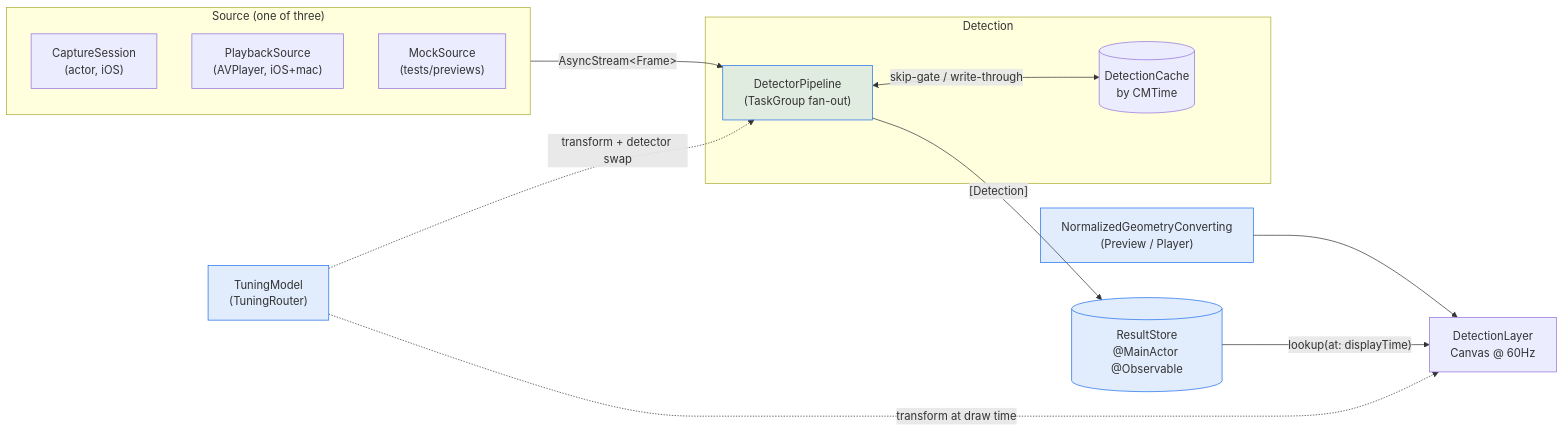
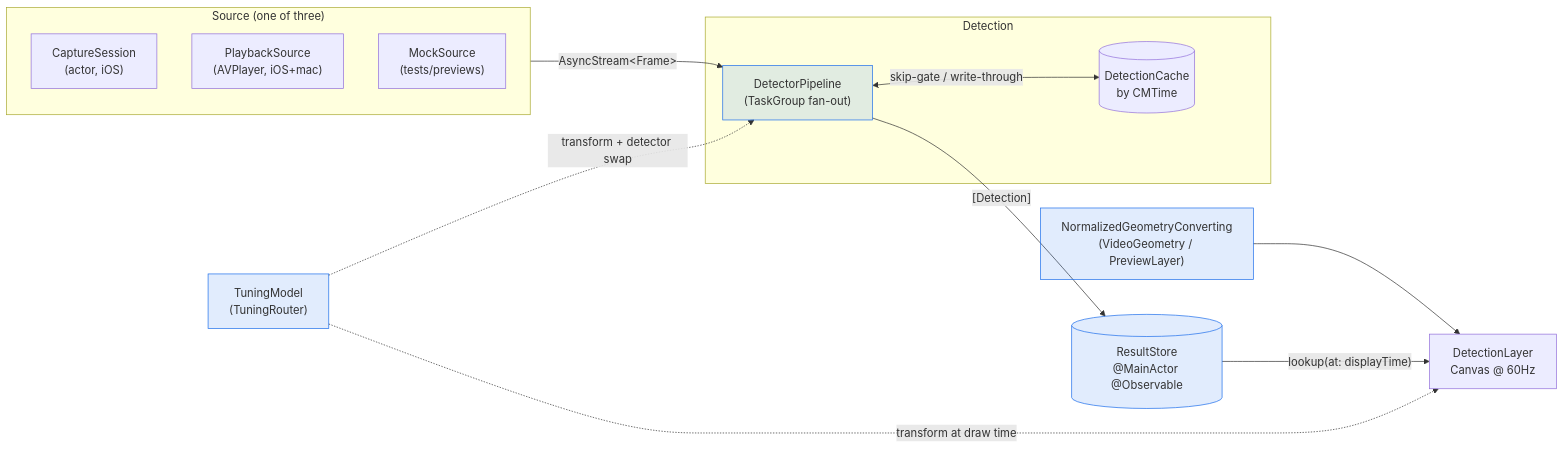
One commit to jgriffin/iris changed the first of 3 diagrams in docs/CODEBASE-TOUR.md. Above: the diagram before and after it, drawn with Mermaid. The commit also changed other lines of this file, not shown here.

````diff
--- a/docs/CODEBASE-TOUR.md
+++ b/docs/CODEBASE-TOUR.md
@@ -144,21 +144,21 @@
 ```mermaid
 flowchart LR
     subgraph SRC["Source (one of three)"]
         CAP["CaptureSession\n(actor, iOS)"]
         PLY["PlaybackSource\n(AVPlayer, iOS+mac)"]
         MOK["MockSource\n(tests/previews)"]
     end
     SRC -->|"AsyncStream&lt;Frame&gt;"| PIPE
     subgraph DET["Detection"]
         PIPE["DetectorPipeline\n(TaskGroup fan-out)"]
         CACHE[("DetectionCache\nby CMTime")]
         PIPE <-->|"skip-gate / write-through"| CACHE
     end
     PIPE -->|"[Detection]"| STORE[("ResultStore\n@MainActor @Observable")]
     STORE -->|"lookup(at: displayTime)"| OVL["DetectionLayer\nCanvas @ 60Hz"]
-    CONV["NormalizedGeometryConverting\n(Preview / Player)"] --> OVL
+    CONV["NormalizedGeometryConverting\n(VideoGeometry / PreviewLayer)"] --> OVL
     TUNE["TuningModel\n(TuningRouter)"] -.->|"transform + detector swap"| PIPE
     TUNE -.->|"transform at draw time"| OVL
     classDef seam fill:#1f6feb22,stroke:#1f6feb;
     class PIPE,STORE,CONV,TUNE seam;
 ```
````
